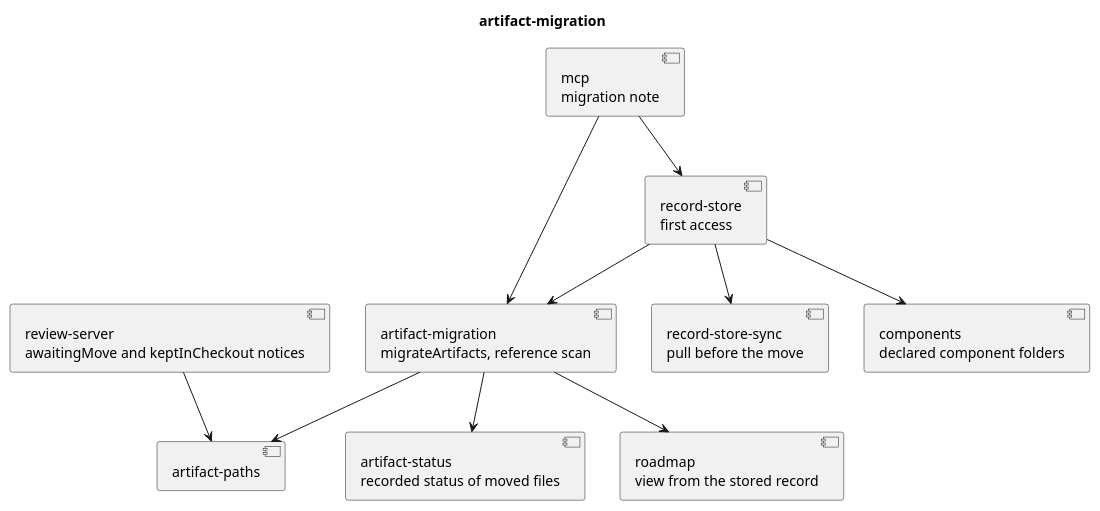
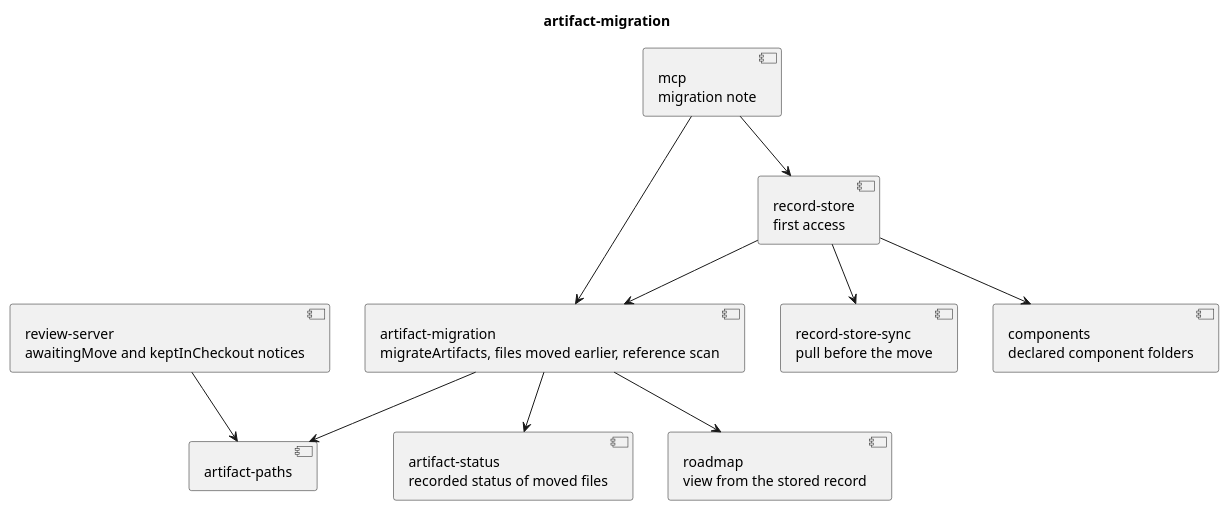
The diagram in docs/plans/workspace-artifacts/artifact-migration/code.puml (RumyantsevMichael/Prism), drawn with PlantUML before and after one commit. The commit also changed 3 other files, not shown here.

First line of the commit message:
chore: report a moved checkout file that no result named as moved earlier

```diff
--- a/docs/plans/workspace-artifacts/artifact-migration/code.puml
+++ b/docs/plans/workspace-artifacts/artifact-migration/code.puml
@@ -1,23 +1,23 @@
 @startuml
 title artifact-migration
 
 component "record-store\nfirst access" as store
-component "artifact-migration\nmigrateArtifacts, reference scan" as migration
+component "artifact-migration\nmigrateArtifacts, files moved earlier, reference scan" as migration
 component "artifact-paths" as paths
 component "artifact-status\nrecorded status of moved files" as status
 component "mcp\nmigration note" as mcp
 component "roadmap\nview from the stored record" as roadmap
 component "review-server\nawaitingMove and keptInCheckout notices" as review
 component "record-store-sync\npull before the move" as sync
 component "components\ndeclared component folders" as components
 
 store --> migration
 migration --> paths
 migration --> status
 migration --> roadmap
 store --> sync
 store --> components
 mcp --> store
 mcp --> migration
 review --> paths
 @enduml
```
